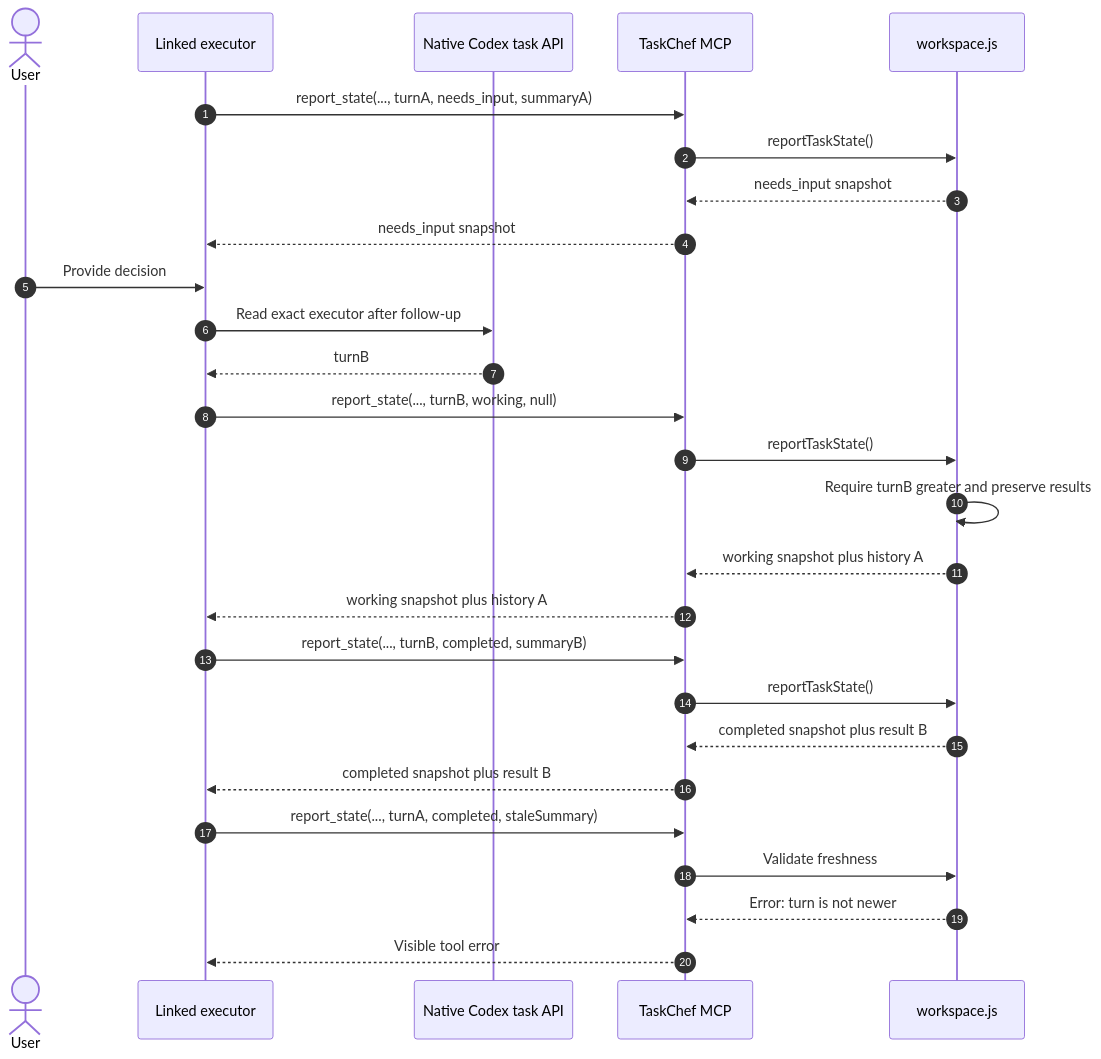
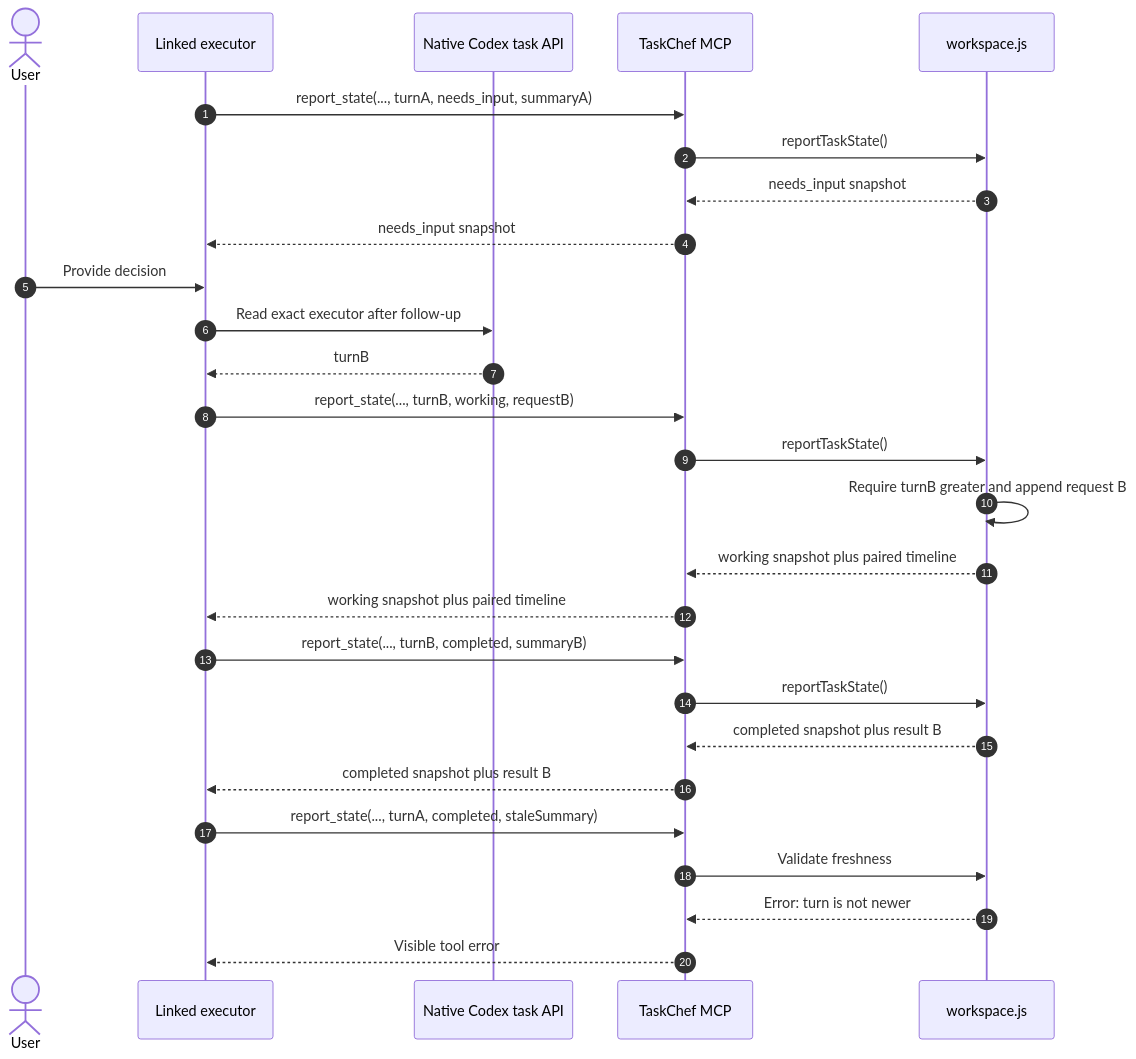
Before and after one commit to favoyang/taskchef: the fourth of 7 diagrams in docs/workflows.md, drawn with Mermaid. The commit also changed other lines of this file and 16 other files, not shown here.

Commit message:
feat: pair TaskChef requests and results by turn

````diff
--- a/docs/workflows.md
+++ b/docs/workflows.md
@@ -159,29 +159,29 @@
 ```mermaid
 sequenceDiagram
   autonumber
   actor U as User
   participant E as Linked executor
   participant C as Native Codex task API
   participant M as TaskChef MCP
   participant W as workspace.js
   E->>M: report_state(..., turnA, needs_input, summaryA)
   M->>W: reportTaskState()
   W-->>M: needs_input snapshot
   M-->>E: needs_input snapshot
   U->>E: Provide decision
   E->>C: Read exact executor after follow-up
   C-->>E: turnB
-  E->>M: report_state(..., turnB, working, null)
+  E->>M: report_state(..., turnB, working, requestB)
   M->>W: reportTaskState()
-  W->>W: Require turnB greater and preserve results
-  W-->>M: working snapshot plus history A
-  M-->>E: working snapshot plus history A
+  W->>W: Require turnB greater and append request B
+  W-->>M: working snapshot plus paired timeline
+  M-->>E: working snapshot plus paired timeline
   E->>M: report_state(..., turnB, completed, summaryB)
   M->>W: reportTaskState()
   W-->>M: completed snapshot plus result B
   M-->>E: completed snapshot plus result B
   E->>M: report_state(..., turnA, completed, staleSummary)
   M->>W: Validate freshness
   W-->>M: Error: turn is not newer
   M-->>E: Visible tool error
 ```
````
